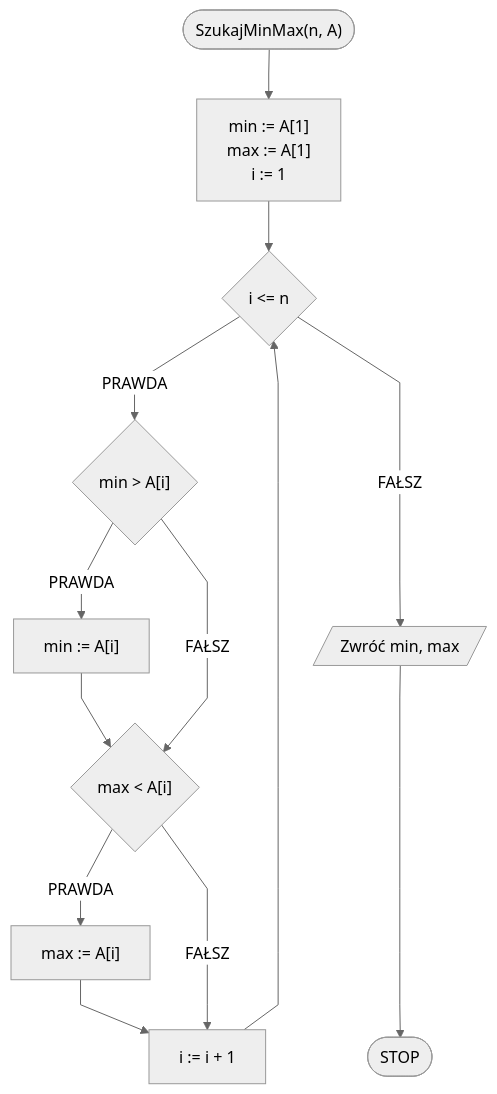
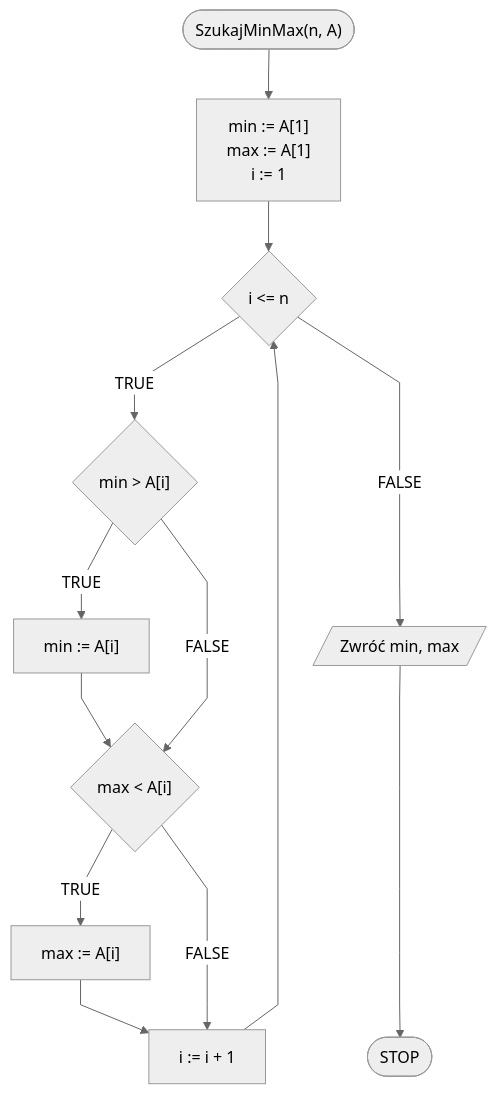
Before and after one commit to blackbat13/edu-cs-htiew-en: the first of 2 diagrams in docs/algorithms/searching/min-max-search.md, drawn with Mermaid. The commit also changed other lines of this file and 682 other files, not shown here.

````diff
--- a/docs/algorithms/searching/min-max-search.md
+++ b/docs/algorithms/searching/min-max-search.md
@@ -52,18 +52,18 @@
 ```mermaid
 %%{init: {"flowchart": {"curve": "linear"}, "theme": "neutral"} }%%
 flowchart TD
 	START(["SzukajMinMax(n, A)"]) --> K1["min := A[1]
 	max := A[1]
 	i := 1"]
 	K1 --> K3{i <= n}
-	K3 -- PRAWDA --> K4{"min > A[i]"}
-	K4 -- PRAWDA --> K5["min := A[i]"]
+	K3 -- TRUE --> K4{"min > A[i]"}
+	K4 -- TRUE --> K5["min := A[i]"]
 	K5 --> K6{"max < A[i]"}
-	K4 -- FAŁSZ --> K6
-	K6 -- PRAWDA --> K7["max := A[i]"]
+	K4 -- FALSE --> K6
+	K6 -- TRUE --> K7["max := A[i]"]
 	K7 --> K3i[i := i + 1]
-	K6 -- FAŁSZ --> K3i
+	K6 -- FALSE --> K3i
 	K3i --> K3
-	K3 -- FAŁSZ ---> K8[/Zwróć min, max/]
+	K3 -- FALSE ---> K8[/Zwróć min, max/]
 	K8 ----> STOP([STOP])
 ```
````
